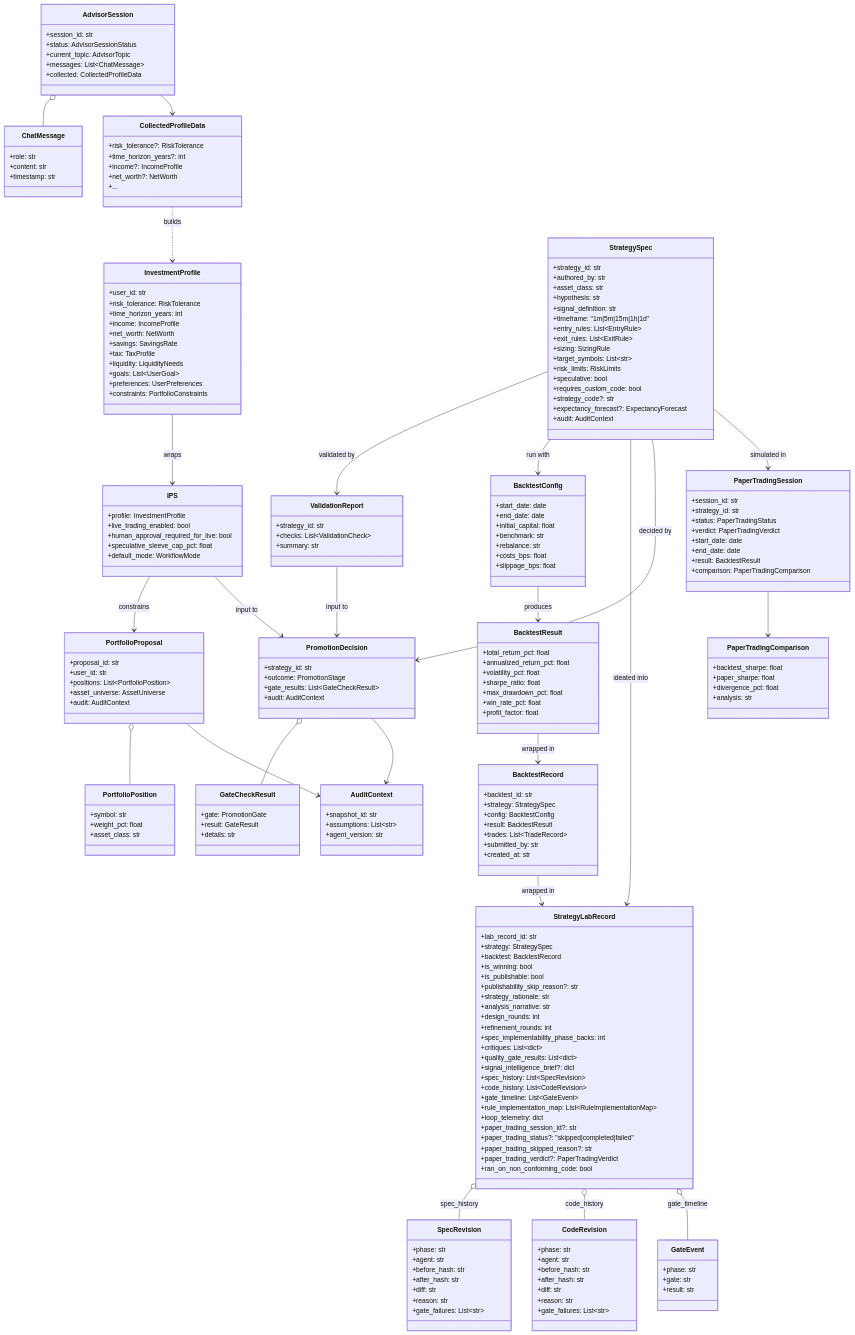
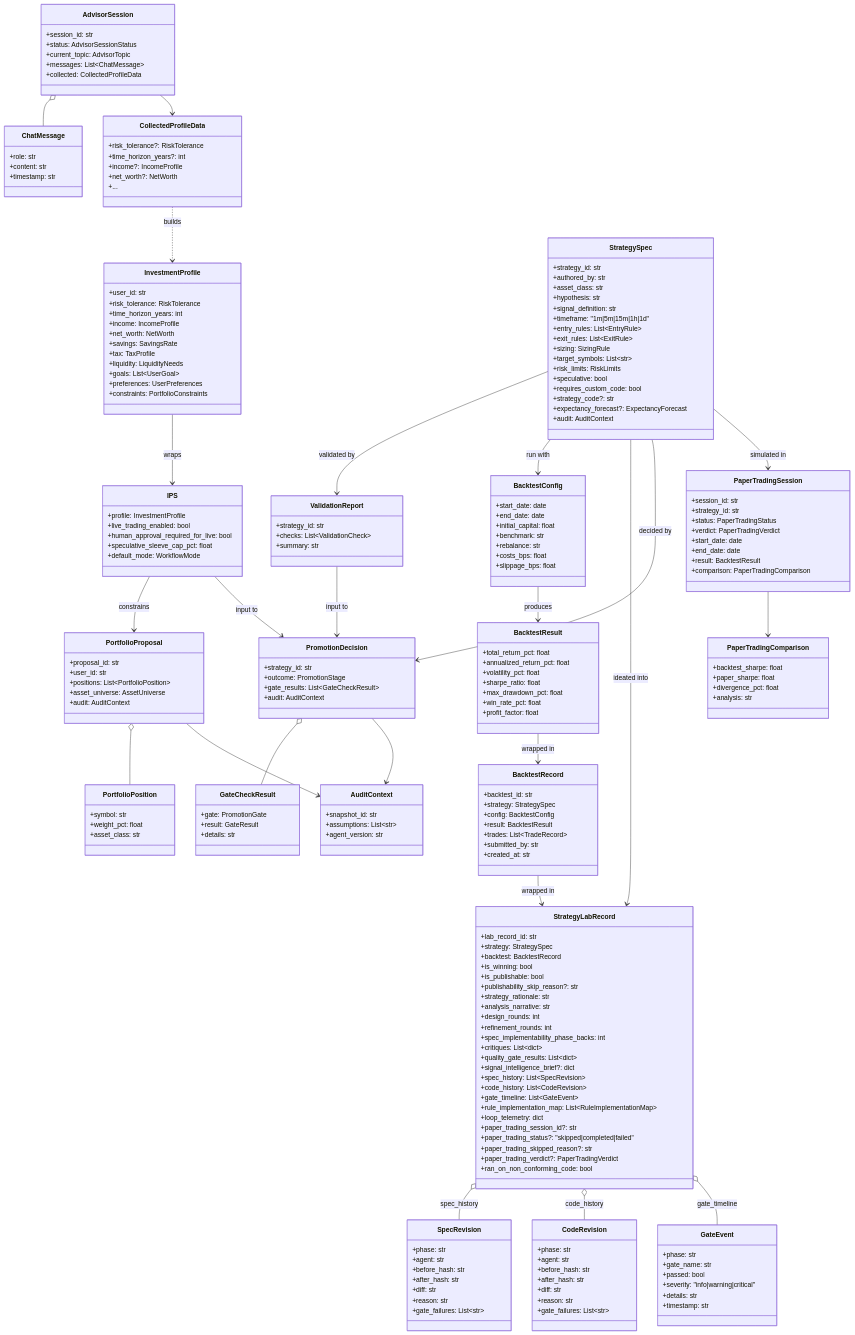
The second of 2 diagrams in backend/agents/investment_team/system_design/system_design.md (brandonkindred/Khala-Agentic-AI-Teams), drawn with Mermaid before and after one commit. The commit also changed other lines of this file and 2 other files, not shown here.

```diff
--- a/backend/agents/investment_team/system_design/system_design.md
+++ b/backend/agents/investment_team/system_design/system_design.md
@@ -294,8 +299,11 @@
     }
     class GateEvent {
       +phase: str
-      +gate: str
-      +result: str
+      +gate_name: str
+      +passed: bool
+      +severity: "info|warning|critical"
+      +details: str
+      +timestamp: str
     }
     class PromotionDecision {
       +strategy_id: str
```
